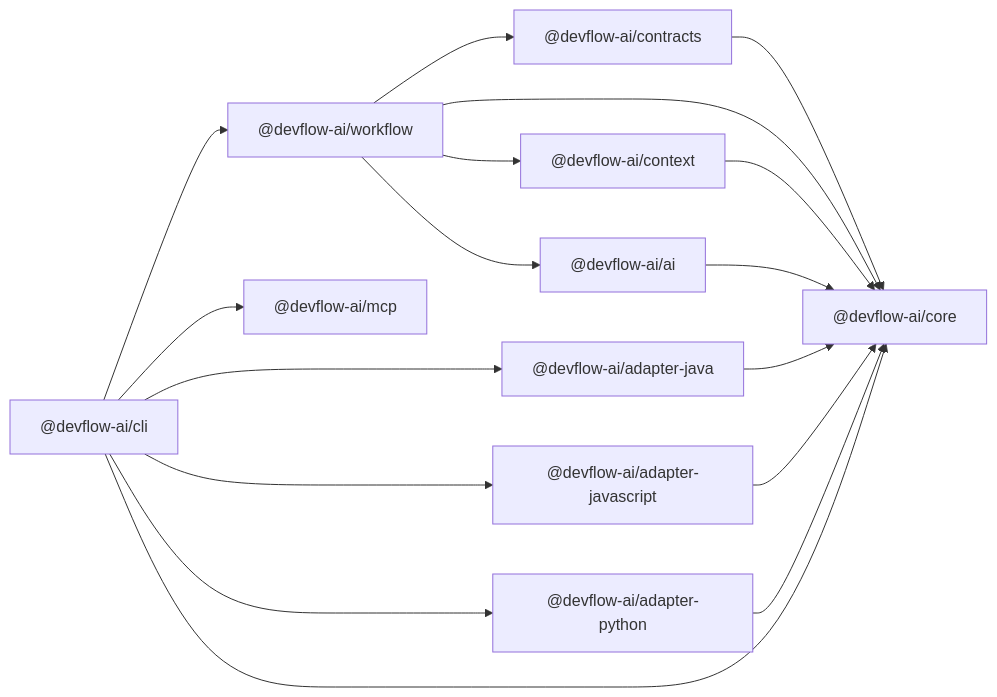
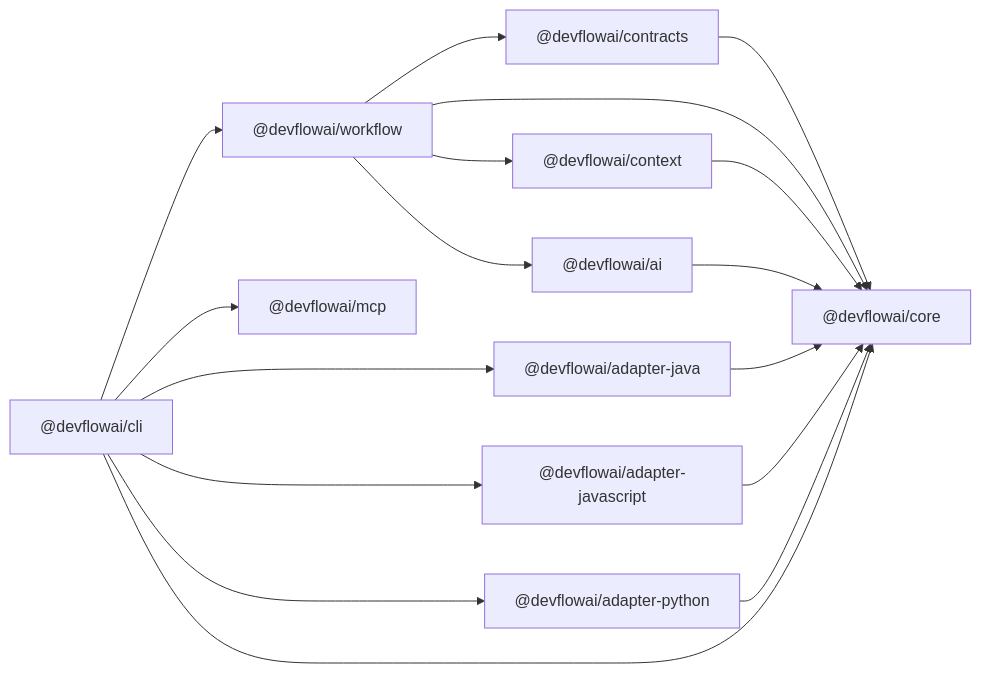
Before and after one commit to mohamedyangui/DevFlow: the diagram in docs/architecture/overview.md, drawn with Mermaid. The commit also changed other lines of this file and 216 other files, not shown here.

````diff
--- a/docs/architecture/overview.md
+++ b/docs/architecture/overview.md
@@ -37,19 +37,19 @@
 ```mermaid
 flowchart LR
-  cli["@devflow-ai/cli"] --> workflow["@devflow-ai/workflow"]
-  cli --> java["@devflow-ai/adapter-java"]
-  cli --> js["@devflow-ai/adapter-javascript"]
-  cli --> py["@devflow-ai/adapter-python"]
-  workflow --> context["@devflow-ai/context"]
-  workflow --> ai["@devflow-ai/ai"]
-  workflow --> contracts["@devflow-ai/contracts"]
+  cli["@devflowai/cli"] --> workflow["@devflowai/workflow"]
+  cli --> java["@devflowai/adapter-java"]
+  cli --> js["@devflowai/adapter-javascript"]
+  cli --> py["@devflowai/adapter-python"]
+  workflow --> context["@devflowai/context"]
+  workflow --> ai["@devflowai/ai"]
+  workflow --> contracts["@devflowai/contracts"]
   contracts --> core
-  workflow --> core["@devflow-ai/core"]
+  workflow --> core["@devflowai/core"]
   context --> core
   ai --> core
   java --> core
   js --> core
   py --> core
   cli --> core
-  cli --> mcp["@devflow-ai/mcp"]
+  cli --> mcp["@devflowai/mcp"]
 ```
````
